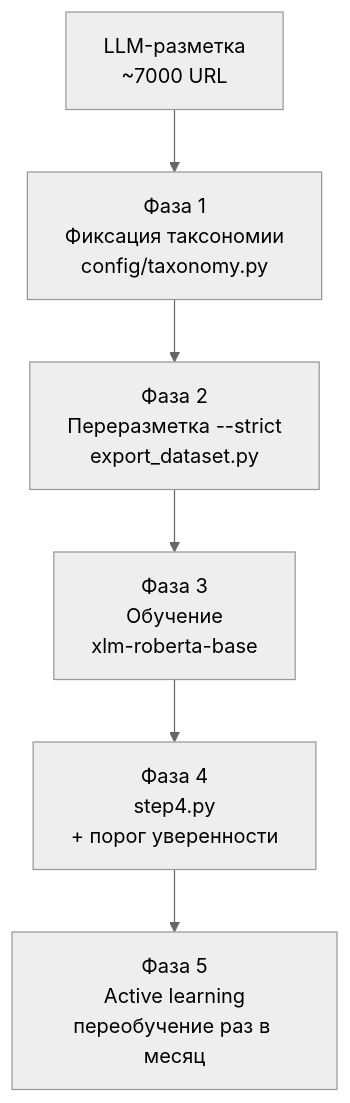
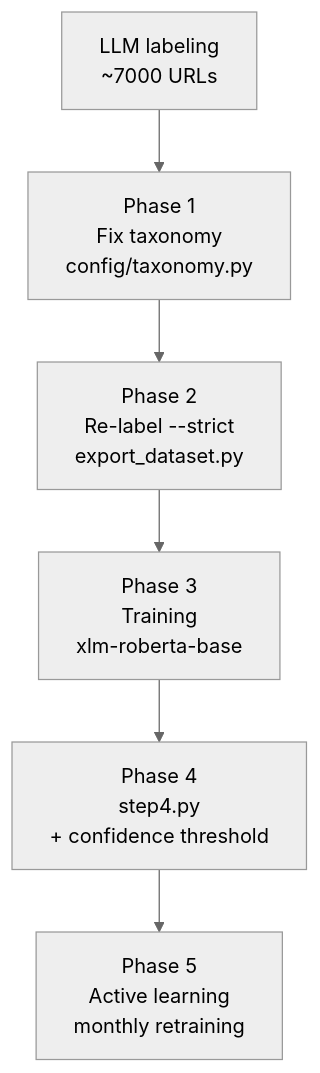
The third of 4 diagrams in README.md (ioncat/web-page-classifier), drawn with Mermaid (neutral theme) before and after one commit. The commit also changed other lines of this file and 12 other files, not shown here.

````diff
--- a/README.md
+++ b/README.md
@@ -120,8 +120,8 @@
 ```mermaid
 flowchart TD
-    A["LLM-разметка<br/>~7000 URL"] --> B["Фаза 1<br/>Фиксация таксономии<br/>config/taxonomy.py"]
-    B --> C["Фаза 2<br/>Переразметка --strict<br/>export_dataset.py"]
-    C --> D["Фаза 3<br/>Обучение<br/>xlm-roberta-base"]
-    D --> E["Фаза 4<br/>step4.py<br/>+ порог уверенности"]
-    E --> F["Фаза 5<br/>Active learning<br/>переобучение раз в месяц"]
+    A["LLM labeling<br/>~7000 URLs"] --> B["Phase 1<br/>Fix taxonomy<br/>config/taxonomy.py"]
+    B --> C["Phase 2<br/>Re-label --strict<br/>export_dataset.py"]
+    C --> D["Phase 3<br/>Training<br/>xlm-roberta-base"]
+    D --> E["Phase 4<br/>step4.py<br/>+ confidence threshold"]
+    E --> F["Phase 5<br/>Active learning<br/>monthly retraining"]
 ```
````
